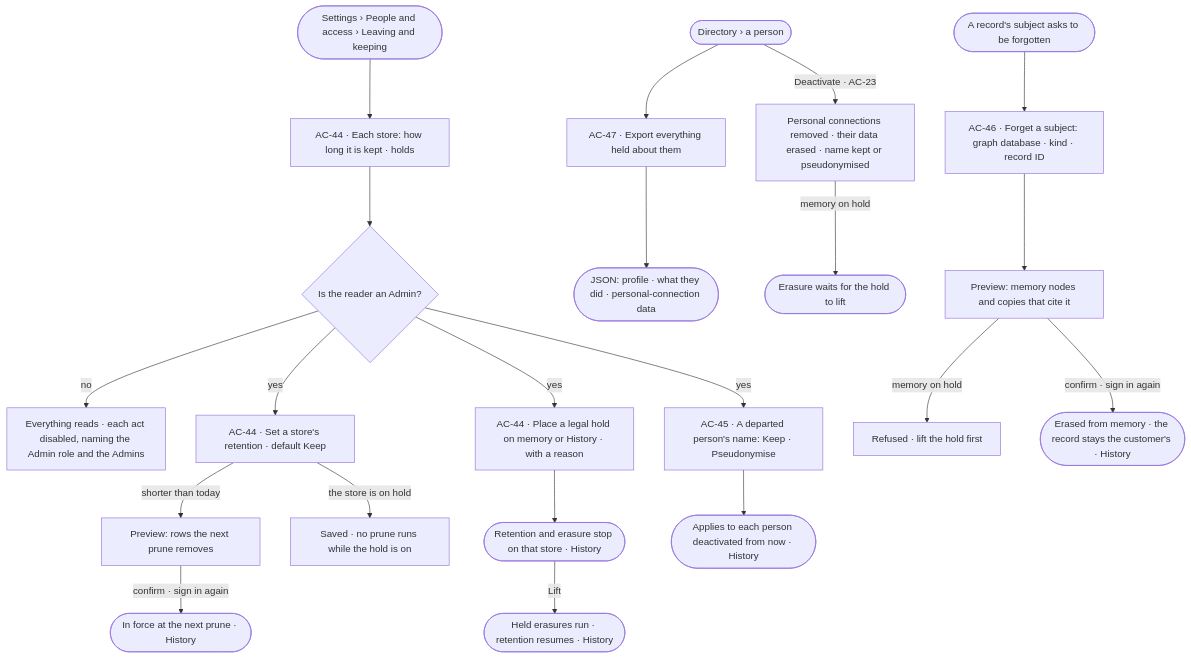
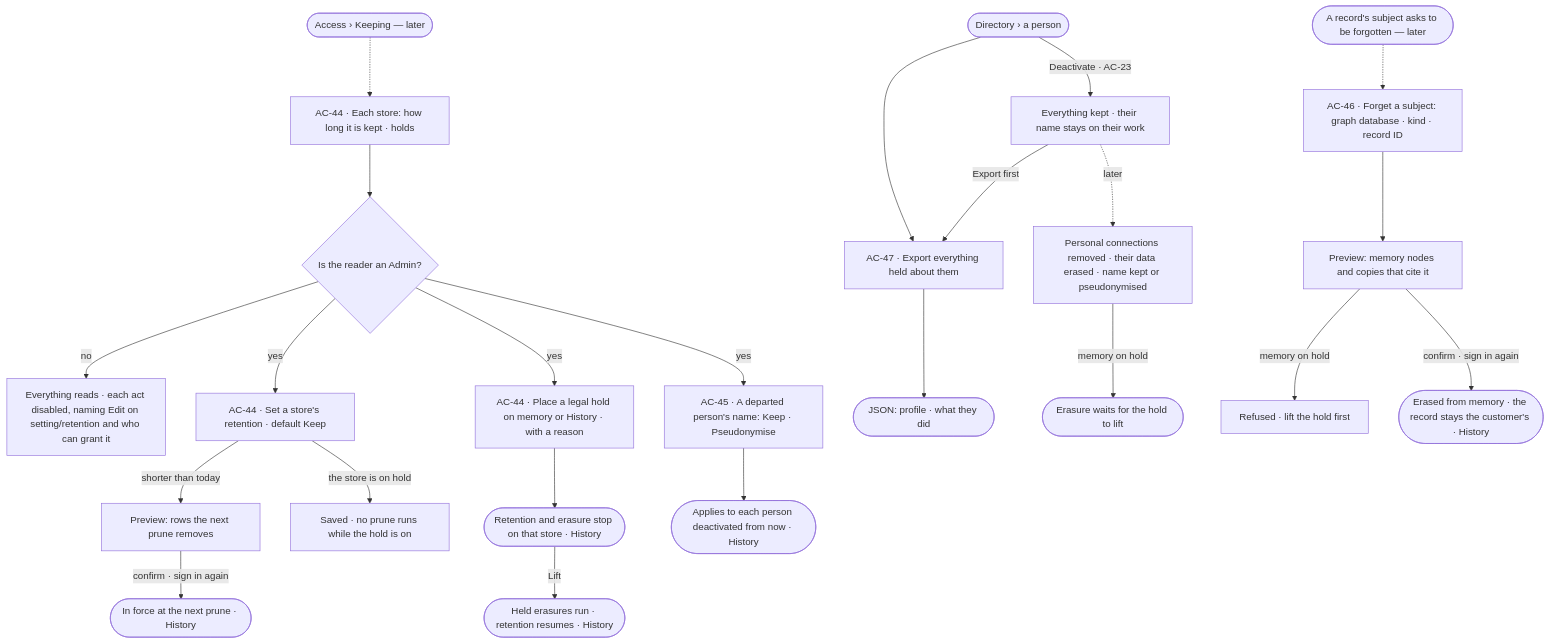
The first of 2 diagrams in specs/os/access/features/AC-F12-leaving-and-keeping/feature.md (invana/invana), drawn with Mermaid before and after one commit. The commit also changed other lines of this file and 456 other files, not shown here.

````diff
--- a/specs/os/access/features/AC-F12-leaving-and-keeping/feature.md
+++ b/specs/os/access/features/AC-F12-leaving-and-keeping/feature.md
@@ -27,23 +27,25 @@
 ```mermaid
 flowchart TD
-  start([Settings › People and access › Leaving and keeping]) --> view["AC-44 · Each store: how long it is kept · holds"]
+  start([Access › Keeping — later]) -.-> view["AC-44 · Each store: how long it is kept · holds"]
   view --> who{"Is the reader an Admin?"}
-  who -->|no| ro["Everything reads · each act disabled, naming the Admin role and the Admins"]
+  who -->|no| ro["Everything reads · each act disabled, naming Edit on setting/retention and who can grant it"]
   who -->|yes| ret["AC-44 · Set a store's retention · default Keep"]
   ret -->|shorter than today| prev["Preview: rows the next prune removes"]
   prev -->|confirm · sign in again| saved(["In force at the next prune · History"])
   ret -->|the store is on hold| held["Saved · no prune runs while the hold is on"]
   who -->|yes| hold["AC-44 · Place a legal hold on memory or History · with a reason"]
   hold --> hsaved(["Retention and erasure stop on that store · History"])
   hsaved -->|Lift| lift(["Held erasures run · retention resumes · History"])
   who -->|yes| names["AC-45 · A departed person's name: Keep · Pseudonymise"]
   names --> nsaved(["Applies to each person deactivated from now · History"])
   dir([Directory › a person]) --> exp["AC-47 · Export everything held about them"]
-  exp --> json(["JSON: profile · what they did · personal-connection data"])
-  dir -->|Deactivate · AC-23| leave["Personal connections removed · their data erased · name kept or pseudonymised"]
-  leave -->|memory on hold| wait(["Erasure waits for the hold to lift"])
-  rec([A record's subject asks to be forgotten]) --> fg["AC-46 · Forget a subject: graph database · kind · record ID"]
+  exp --> json(["JSON: profile · what they did"])
+  dir -->|Deactivate · AC-23| leave["Everything kept · their name stays on their work"]
+  leave -->|Export first| exp
+  leave -.->|later| er["Personal connections removed · their data erased · name kept or pseudonymised"]
+  er -->|memory on hold| wait(["Erasure waits for the hold to lift"])
+  rec([A record's subject asks to be forgotten — later]) -.-> fg["AC-46 · Forget a subject: graph database · kind · record ID"]
   fg --> fprev["Preview: memory nodes and copies that cite it"]
   fprev -->|memory on hold| fr["Refused · lift the hold first"]
   fprev -->|confirm · sign in again| fdone(["Erased from memory · the record stays the customer's · History"])
 ```
````
